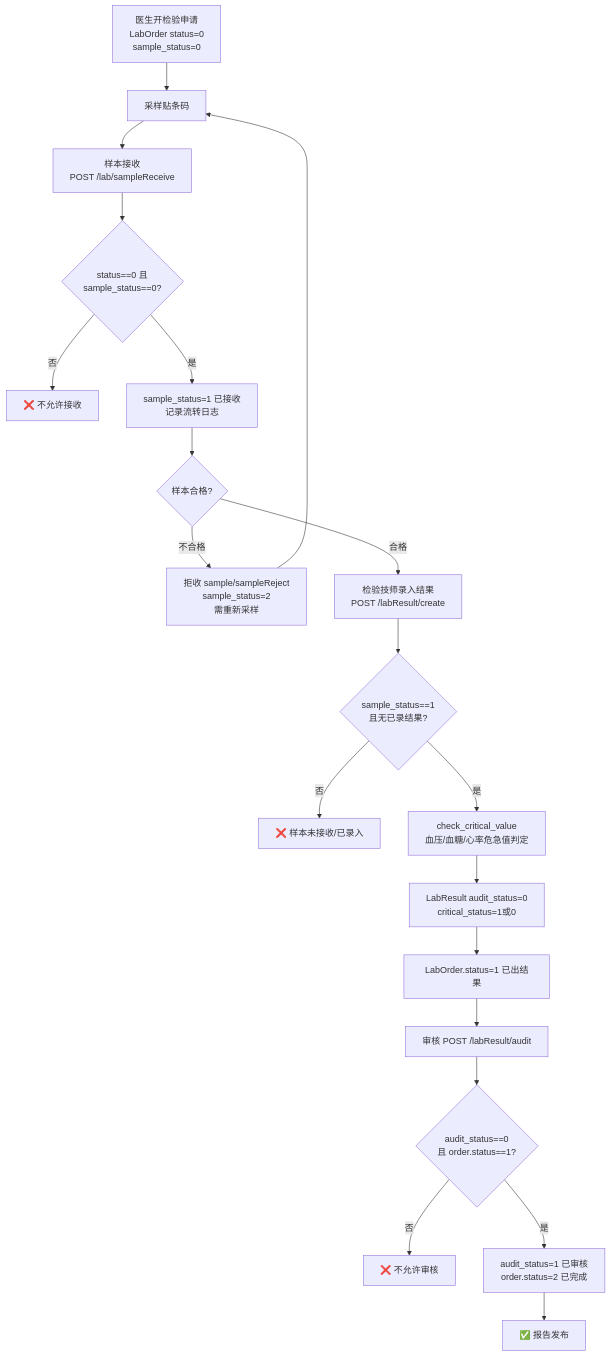
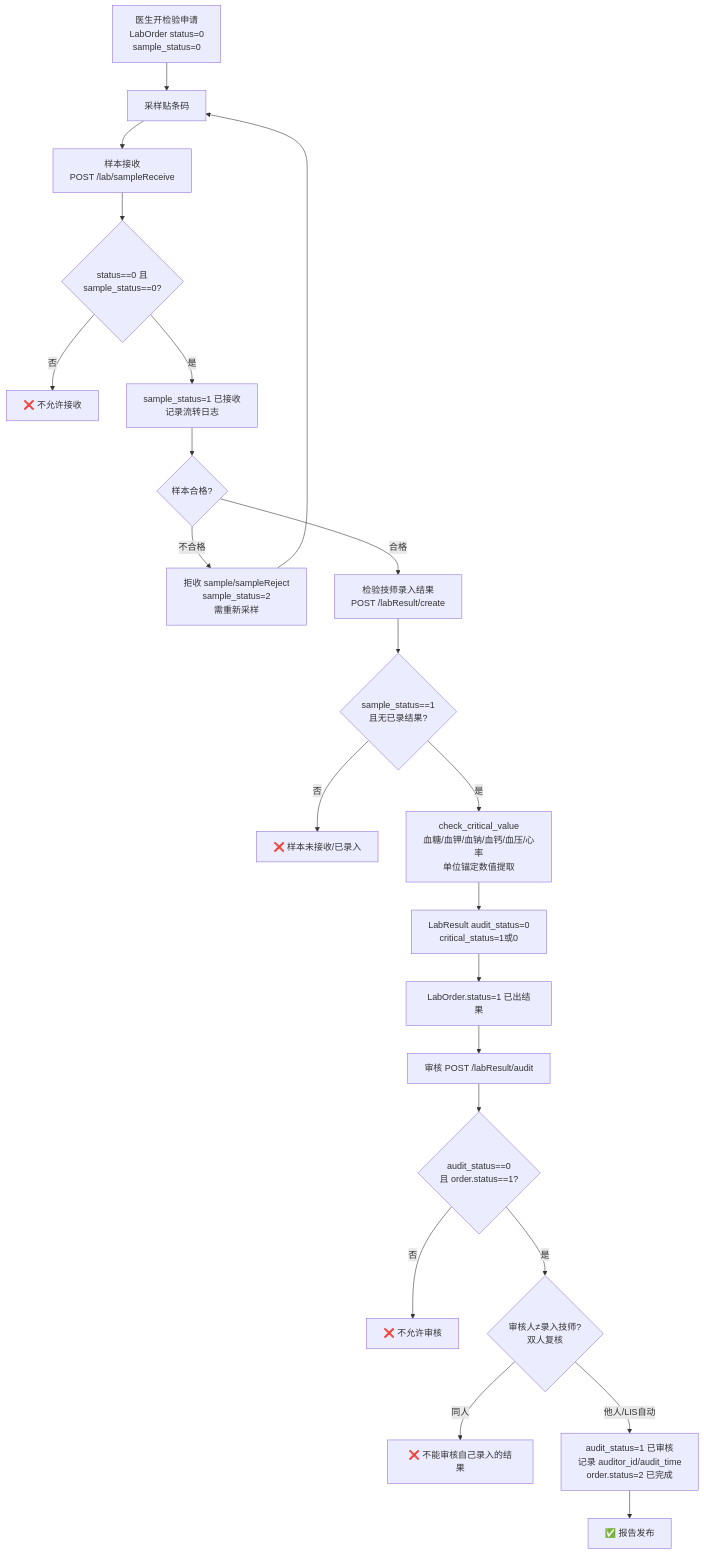
The first of 5 diagrams in doc/flowcharts/04-医技检查检验.md (Palpitate-xus/hoimsystem), drawn with Mermaid before and after one commit. The commit also changed other lines of this file and 3 other files, not shown here.

First line of the commit message:
docs(flowcharts): reflect second-round audit fixes in business flow diagrams

````diff
--- a/doc/flowcharts/04-医技检查检验.md
+++ b/doc/flowcharts/04-医技检查检验.md
@@ -7,22 +7,24 @@
 ```mermaid
 flowchart TD
     A[医生开检验申请<br/>LabOrder status=0<br/>sample_status=0] --> B[采样贴条码]
     B --> C[样本接收<br/>POST /lab/sampleReceive]
     C --> D{status==0 且<br/>sample_status==0?}
     D -- 否 --> E[❌ 不允许接收]
     D -- 是 --> F[sample_status=1 已接收<br/>记录流转日志]
     F --> G{样本合格?}
     G -- 不合格 --> H[拒收 sample/sampleReject<br/>sample_status=2<br/>需重新采样]
     H --> B
     G -- 合格 --> I[检验技师录入结果<br/>POST /labResult/create]
     I --> J{sample_status==1<br/>且无已录结果?}
     J -- 否 --> K[❌ 样本未接收/已录入]
-    J -- 是 --> L[check_critical_value<br/>血压/血糖/心率危急值判定]
+    J -- 是 --> L[check_critical_value<br/>血糖/血钾/血钠/血钙/血压/心率<br/>单位锚定数值提取]
     L --> M[LabResult audit_status=0<br/>critical_status=1或0]
     M --> N[LabOrder.status=1 已出结果]
     N --> O[审核 POST /labResult/audit]
     O --> P{audit_status==0<br/>且 order.status==1?}
     P -- 否 --> Q[❌ 不允许审核]
-    P -- 是 --> R[audit_status=1 已审核<br/>order.status=2 已完成]
+    P -- 是 --> P2{审核人≠录入技师?<br/>双人复核}
+    P2 -- 同人 --> Q2[❌ 不能审核自己录入的结果]
+    P2 -- 他人/LIS自动 --> R[audit_status=1 已审核<br/>记录 auditor_id/audit_time<br/>order.status=2 已完成]
     R --> S[✅ 报告发布]
 ```
````
